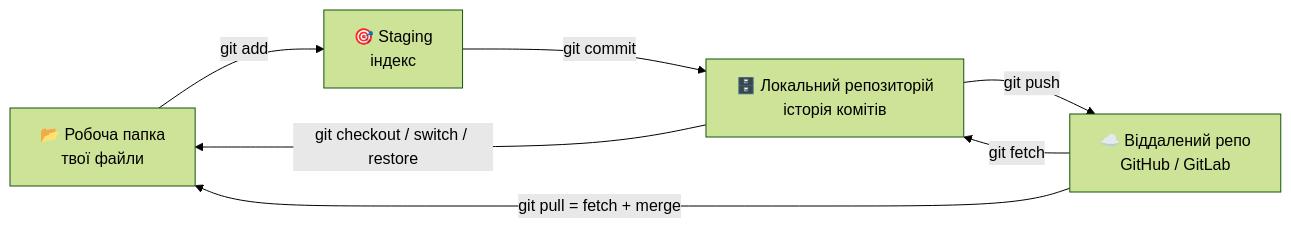
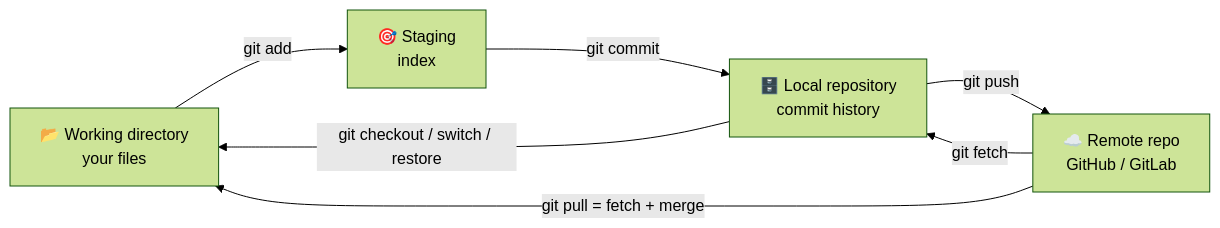
Before and after one commit to andriyevski/python-learning-portfolio: the first of 14 diagrams in git_commands.md, drawn with Mermaid (forest theme). The commit also changed other lines of this file and 3 other files, not shown here.

````diff
--- a/git_commands.md
+++ b/git_commands.md
@@ -55,9 +55,9 @@
 ```mermaid
 graph LR
-    WD["📂 Робоча папка<br/>твої файли"] -- "git add" --> ST["🎯 Staging<br/>індекс"]
-    ST -- "git commit" --> LR["🗄️ Локальний репозиторій<br/>історія комітів"]
-    LR -- "git push" --> RR["☁️ Віддалений репо<br/>GitHub / GitLab"]
+    WD["📂 Working directory<br/>your files"] -- "git add" --> ST["🎯 Staging<br/>index"]
+    ST -- "git commit" --> LR["🗄️ Local repository<br/>commit history"]
+    LR -- "git push" --> RR["☁️ Remote repo<br/>GitHub / GitLab"]
     RR -- "git fetch" --> LR
     LR -- "git checkout / switch / restore" --> WD
     RR -- "git pull = fetch + merge" --> WD
 ```
````
